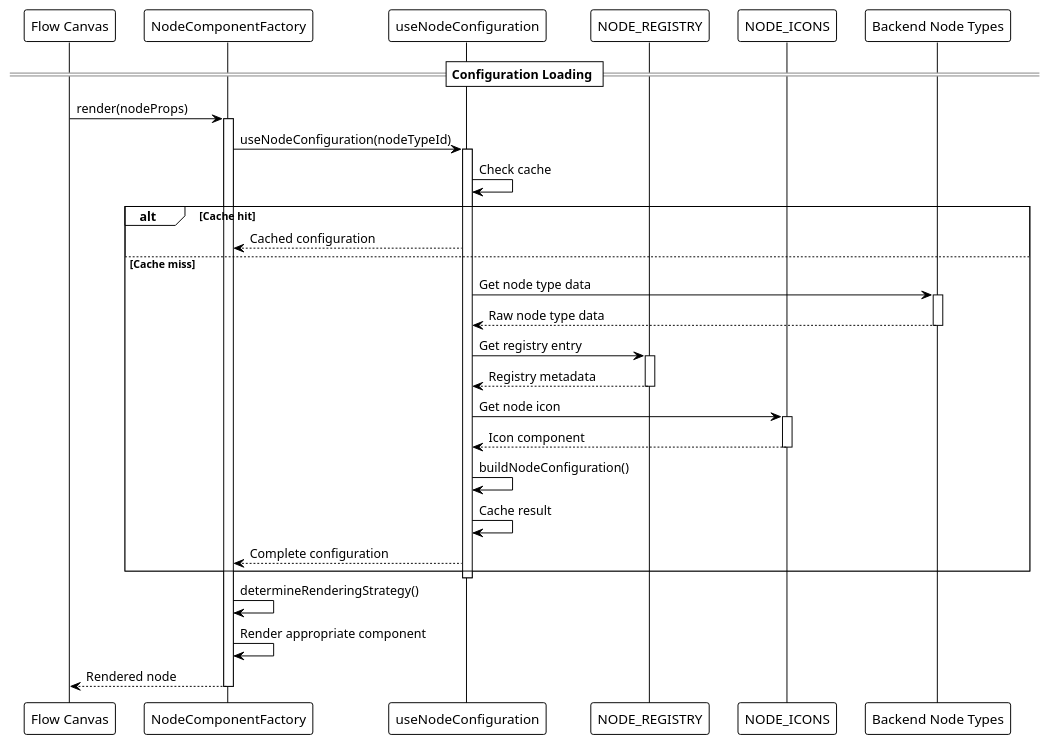
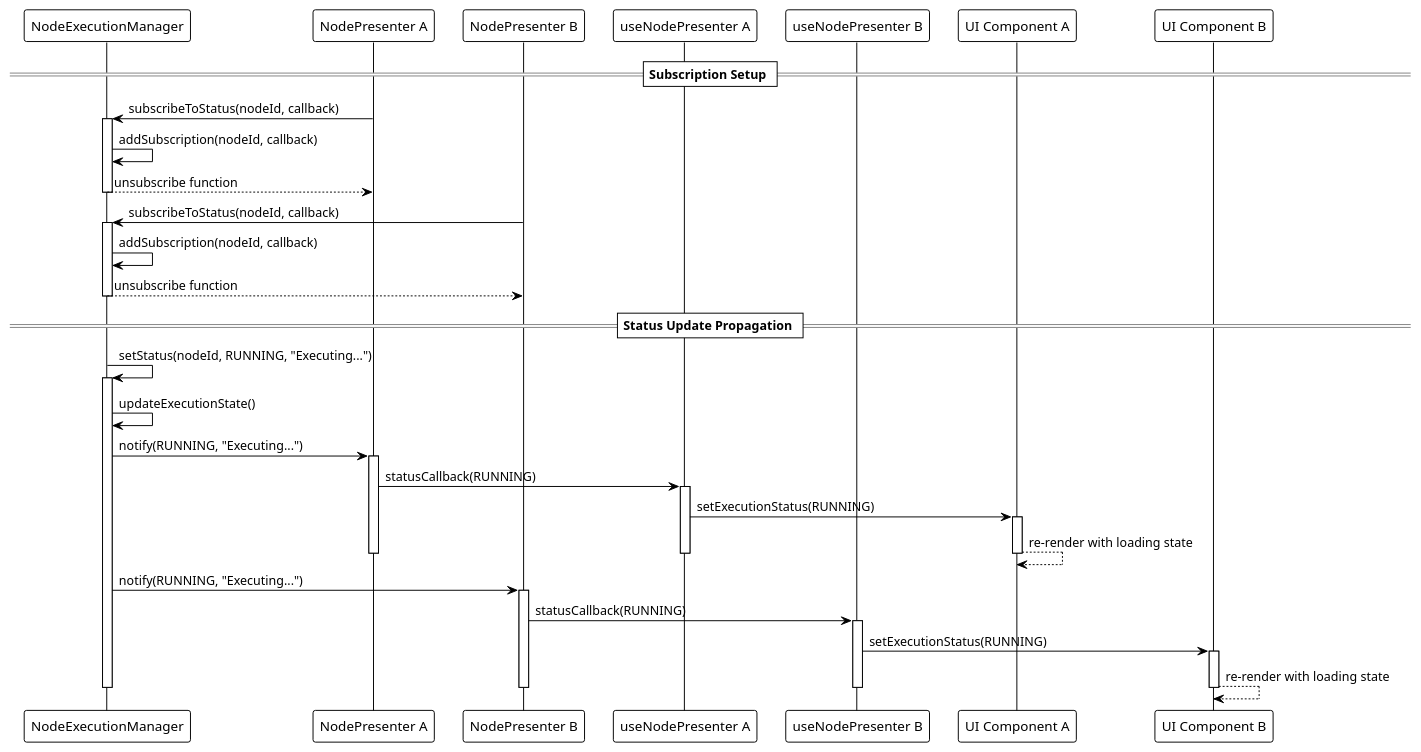
The second of 4 diagrams in Doc/NodeComponent-ExecutionFlow.md (amirman-m/flowbuilderInstagram), drawn with PlantUML before and after one commit. The commit also changed other lines of this file and 36 other files, not shown here.

````diff
--- a/Doc/NodeComponent-ExecutionFlow.md
+++ b/Doc/NodeComponent-ExecutionFlow.md
@@ -95,50 +127,56 @@
 ```plantuml
-@startuml NodeComponent_ConfigurationFlow
+@startuml StateManagementFlow
 !theme plain
 
-participant FlowCanvas as "Flow Canvas"
-participant NodeComponentFactory as "NodeComponentFactory"
-participant ConfigHook as "useNodeConfiguration"
-participant NodeRegistry as "NODE_REGISTRY"
-participant NodeIcons as "NODE_ICONS"
-participant BackendConfig as "Backend Node Types"
+participant "NodeExecutionManager" as Manager
+participant "NodePresenter A" as PresenterA
+participant "NodePresenter B" as PresenterB
+participant "useNodePresenter A" as HookA
+participant "useNodePresenter B" as HookB
+participant "UI Component A" as UIA
+participant "UI Component B" as UIB
 
-== Configuration Loading ==
+== Subscription Setup ==
 
-FlowCanvas -> NodeComponentFactory: render(nodeProps)
-activate NodeComponentFactory
-NodeComponentFactory -> ConfigHook: useNodeConfiguration(nodeTypeId)
-activate ConfigHook
+PresenterA -> Manager: subscribeToStatus(nodeId, callback)
+activate Manager
+Manager -> Manager: addSubscription(nodeId, callback)
+Manager --> PresenterA: unsubscribe function
+deactivate Manager
 
-ConfigHook -> ConfigHook: Check cache
-alt Cache hit
-    ConfigHook --> NodeComponentFactory: Cached configuration
-else Cache miss
-    ConfigHook -> BackendConfig: Get node type data
-    activate BackendConfig
-    BackendConfig --> ConfigHook: Raw node type data
-    deactivate BackendConfig
-    
-    ConfigHook -> NodeRegistry: Get registry entry
-    activate NodeRegistry
-    NodeRegistry --> ConfigHook: Registry metadata
-    deactivate NodeRegistry
-    
-    ConfigHook -> NodeIcons: Get node icon
-    activate NodeIcons
-    NodeIcons --> ConfigHook: Icon component
-    deactivate NodeIcons
-    
-    ConfigHook -> ConfigHook: buildNodeConfiguration()
-    ConfigHook -> ConfigHook: Cache result
-    ConfigHook --> NodeComponentFactory: Complete configuration
-end
-deactivate ConfigHook
+PresenterB -> Manager: subscribeToStatus(nodeId, callback)
+activate Manager
+Manager -> Manager: addSubscription(nodeId, callback)
+Manager --> PresenterB: unsubscribe function
+deactivate Manager
 
-NodeComponentFactory -> NodeComponentFactory: determineRenderingStrategy()
-NodeComponentFactory -> NodeComponentFactory: Render appropriate component
-NodeComponentFactory --> FlowCanvas: Rendered node
-deactivate NodeComponentFactory
+== Status Update Propagation ==
+
+Manager -> Manager: setStatus(nodeId, RUNNING, "Executing...")
+activate Manager
+Manager -> Manager: updateExecutionState()
+Manager -> PresenterA: notify(RUNNING, "Executing...")
+activate PresenterA
+PresenterA -> HookA: statusCallback(RUNNING)
+activate HookA
+HookA -> UIA: setExecutionStatus(RUNNING)
+activate UIA
+UIA --> UIA: re-render with loading state
+deactivate UIA
+deactivate HookA
+deactivate PresenterA
+
+Manager -> PresenterB: notify(RUNNING, "Executing...")
+activate PresenterB
+PresenterB -> HookB: statusCallback(RUNNING)
+activate HookB
+HookB -> UIB: setExecutionStatus(RUNNING)
+activate UIB
+UIB --> UIB: re-render with loading state
+deactivate UIB
+deactivate HookB
+deactivate PresenterB
+deactivate Manager
 
 @enduml
 ```
````
